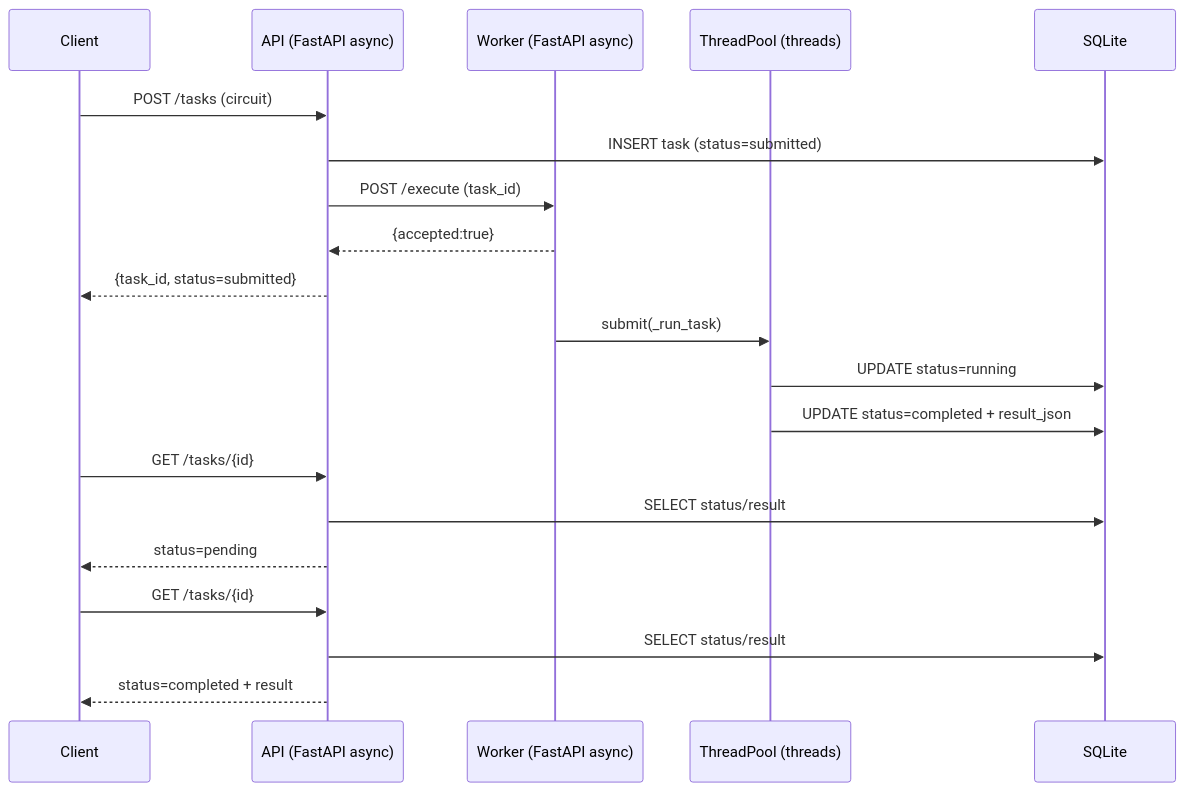
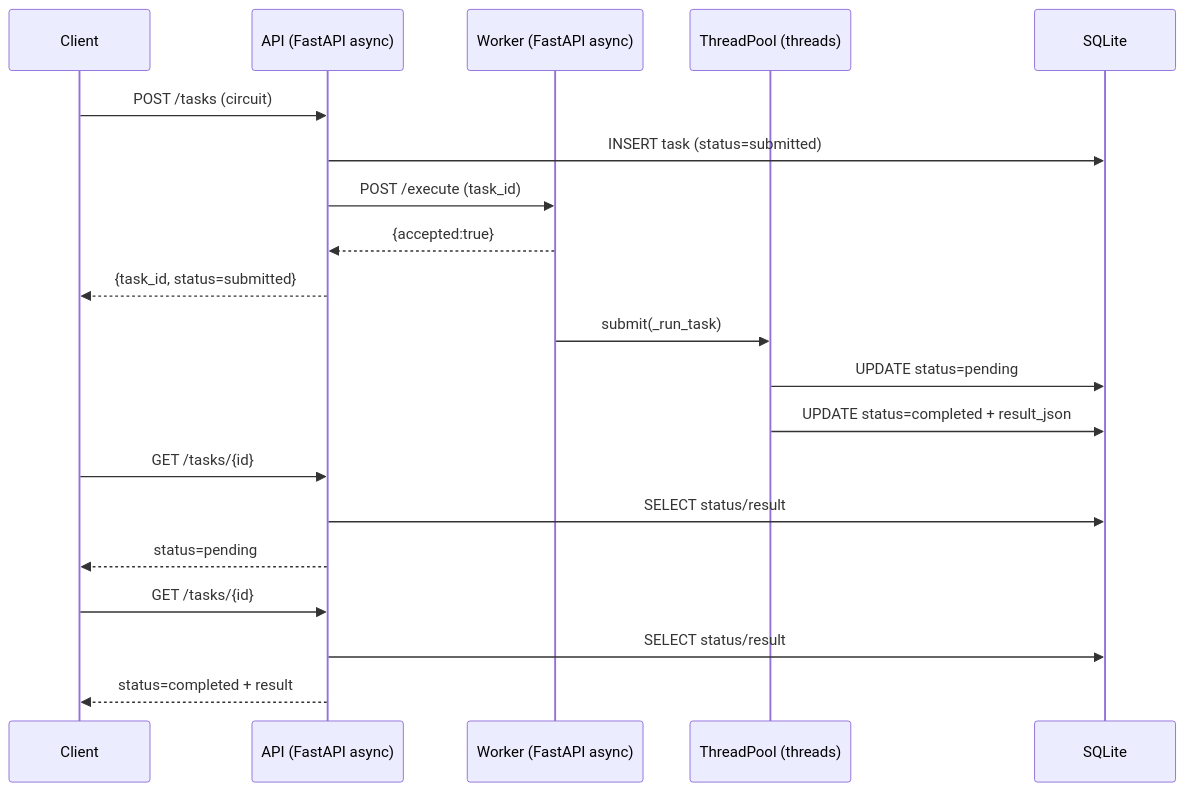
The diagram in README.md (itaybaror/QuantumTask), drawn with Mermaid before and after one commit. The commit also changed 1 other file, not shown here.

Commit message:
read-clarity worker

````diff
--- a/README.md
+++ b/README.md
@@ -5,26 +5,26 @@
 ```mermaid
 sequenceDiagram
   participant C as Client
   participant A as API (FastAPI async)
   participant W as Worker (FastAPI async)
   participant T as ThreadPool (threads)
   participant DB as SQLite
 
   C->>A: POST /tasks (circuit)
   A->>DB: INSERT task (status=submitted)
   A->>W: POST /execute (task_id)
   W-->>A: {accepted:true}
   A-->>C: {task_id, status=submitted}
 
   W->>T: submit(_run_task)
-  T->>DB: UPDATE status=running
+  T->>DB: UPDATE status=pending
   T->>DB: UPDATE status=completed + result_json
 
   C->>A: GET /tasks/{id}
   A->>DB: SELECT status/result
   A-->>C: status=pending
 
   C->>A: GET /tasks/{id}
   A->>DB: SELECT status/result
   A-->>C: status=completed + result
 ```
````
